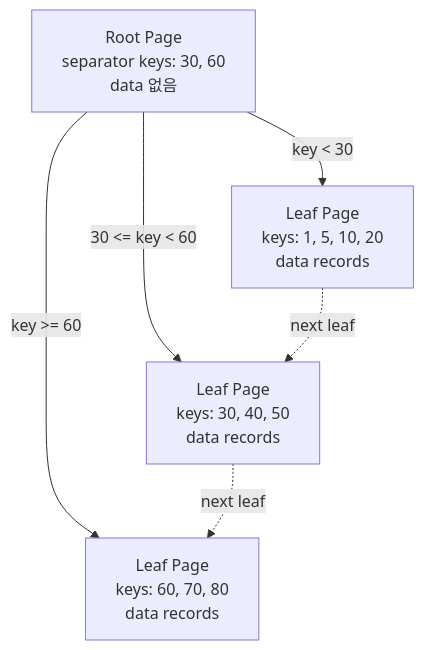
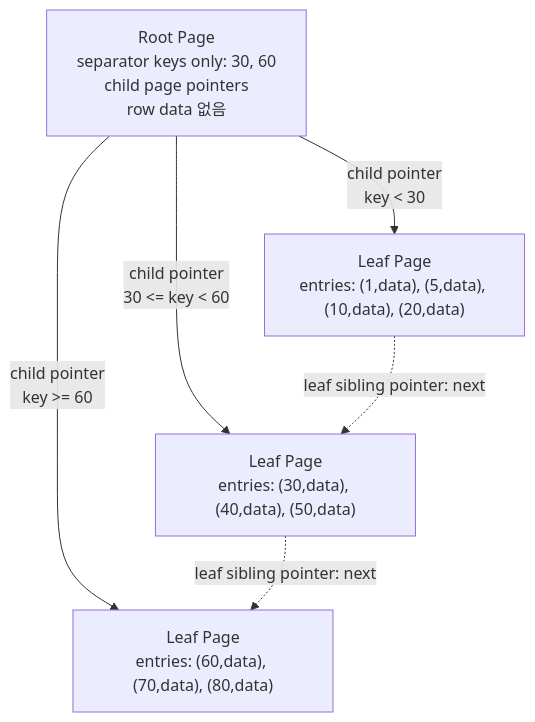
One commit to KROOKIMWOOBIN/study changed the third of 8 diagrams in docs/db/성능운영/인덱스/B-Tree.md. Above: the diagram before and after it, drawn with Mermaid. The commit also changed other lines of this file, not shown here.

Commit message:
docs: clarify btree leaf pointers

````diff
--- a/docs/db/성능운영/인덱스/B-Tree.md
+++ b/docs/db/성능운영/인덱스/B-Tree.md
@@ -203,14 +205,14 @@
 ```mermaid
 flowchart TD
-    R["Root Page<br/>separator keys: 30, 60<br/>data 없음"]
-    L1["Leaf Page<br/>keys: 1, 5, 10, 20<br/>data records"]
-    L2["Leaf Page<br/>keys: 30, 40, 50<br/>data records"]
-    L3["Leaf Page<br/>keys: 60, 70, 80<br/>data records"]
+    R["Root Page<br/>separator keys only: 30, 60<br/>child page pointers<br/>row data 없음"]
+    L1["Leaf Page<br/>entries: (1,data), (5,data), (10,data), (20,data)"]
+    L2["Leaf Page<br/>entries: (30,data), (40,data), (50,data)"]
+    L3["Leaf Page<br/>entries: (60,data), (70,data), (80,data)"]
 
-    R -->|"key < 30"| L1
-    R -->|"30 <= key < 60"| L2
-    R -->|"key >= 60"| L3
+    R -->|"child pointer<br/>key < 30"| L1
+    R -->|"child pointer<br/>30 <= key < 60"| L2
+    R -->|"child pointer<br/>key >= 60"| L3
 
-    L1 -. "next leaf" .-> L2
-    L2 -. "next leaf" .-> L3
+    L1 -. "leaf sibling pointer: next" .-> L2
+    L2 -. "leaf sibling pointer: next" .-> L3
 ```
````
